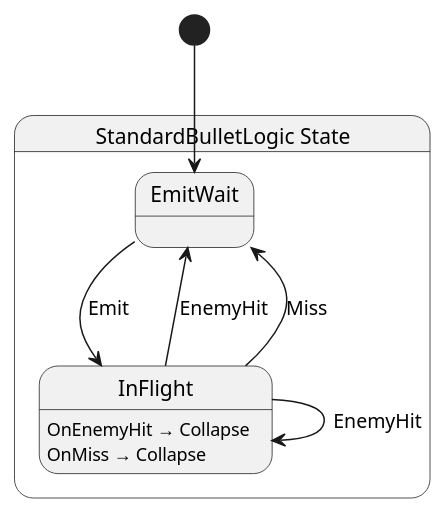
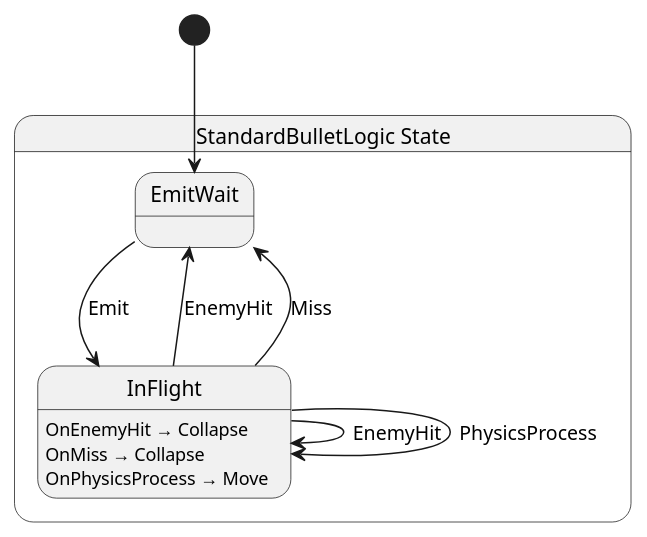
Before and after one commit to Ygoat/EternalJourney: the diagram in src/bullet/abstract/state/StandardBulletLogic.g.puml, drawn with PlantUML. The commit also changed 5 other files, not shown here.

```diff
--- a/src/bullet/abstract/state/StandardBulletLogic.g.puml
+++ b/src/bullet/abstract/state/StandardBulletLogic.g.puml
@@ -1,16 +1,18 @@
 @startuml StandardBulletLogic
 state "StandardBulletLogic State" as EternalJourney_Bullet_Abstract_State_StandardBulletLogic_State {
   state "EmitWait" as EternalJourney_Bullet_Abstract_State_StandardBulletLogic_State_EmitWait
   state "InFlight" as EternalJourney_Bullet_Abstract_State_StandardBulletLogic_State_InFlight
 }
 
 EternalJourney_Bullet_Abstract_State_StandardBulletLogic_State_EmitWait --> EternalJourney_Bullet_Abstract_State_StandardBulletLogic_State_InFlight : Emit
 EternalJourney_Bullet_Abstract_State_StandardBulletLogic_State_InFlight --> EternalJourney_Bullet_Abstract_State_StandardBulletLogic_State_EmitWait : EnemyHit
 EternalJourney_Bullet_Abstract_State_StandardBulletLogic_State_InFlight --> EternalJourney_Bullet_Abstract_State_StandardBulletLogic_State_EmitWait : Miss
 EternalJourney_Bullet_Abstract_State_StandardBulletLogic_State_InFlight --> EternalJourney_Bullet_Abstract_State_StandardBulletLogic_State_InFlight : EnemyHit
+EternalJourney_Bullet_Abstract_State_StandardBulletLogic_State_InFlight --> EternalJourney_Bullet_Abstract_State_StandardBulletLogic_State_InFlight : PhysicsProcess
 
 EternalJourney_Bullet_Abstract_State_StandardBulletLogic_State_InFlight : OnEnemyHit → Collapse
 EternalJourney_Bullet_Abstract_State_StandardBulletLogic_State_InFlight : OnMiss → Collapse
+EternalJourney_Bullet_Abstract_State_StandardBulletLogic_State_InFlight : OnPhysicsProcess → Move
 
 [*] --> EternalJourney_Bullet_Abstract_State_StandardBulletLogic_State_EmitWait
 @enduml
```
